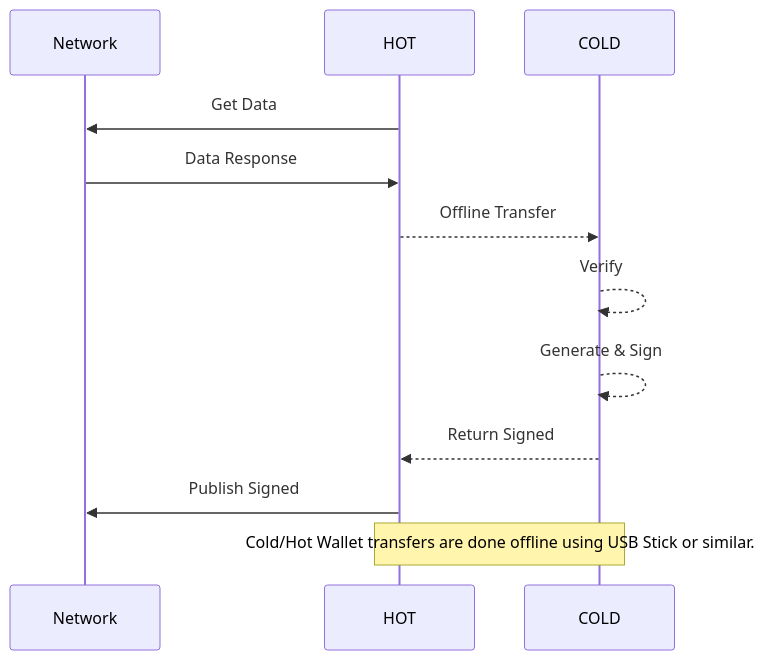
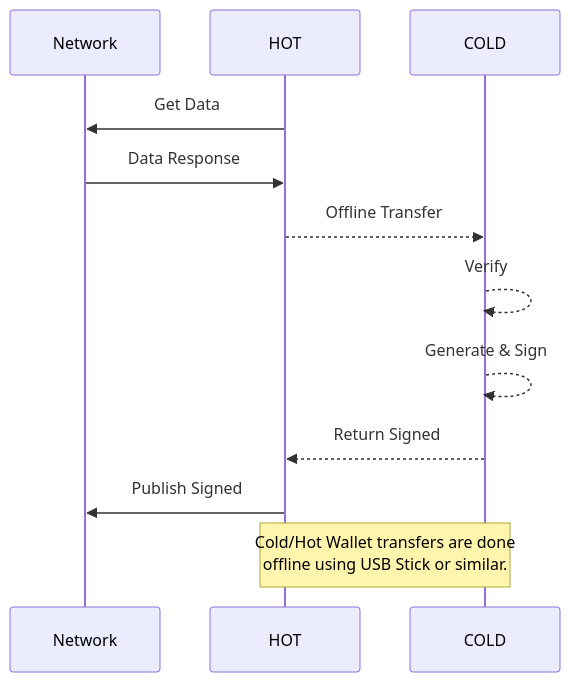
One commit to nanocurrency/nano-docs changed the diagram in docs/integration-guides/advanced.md. Above: the diagram before and after it, drawn with Mermaid. The commit also changed 3 other files, not shown here.

Commit message:
Upgrade to mermaid 8.4.8 with minor diagram adjustments to support (#254)

````diff
--- a/docs/integration-guides/advanced.md
+++ b/docs/integration-guides/advanced.md
@@ -33,14 +33,14 @@
 ```mermaid
 sequenceDiagram
   participant Network
   participant HOT
   participant COLD
   HOT->>Network: Get Data
   Network->>HOT: Data Response
   HOT-->>COLD: Offline Transfer
   COLD-->>COLD: Verify
   COLD-->>COLD: Generate & Sign
   COLD-->>HOT: Return Signed
   HOT->>Network: Publish Signed
-  Note over COLD,HOT: Cold/Hot Wallet transfers are done offline using USB Stick or similar.
+  Note over COLD,HOT: Cold/Hot Wallet transfers are done <br />offline using USB Stick or similar.
 ```
````
